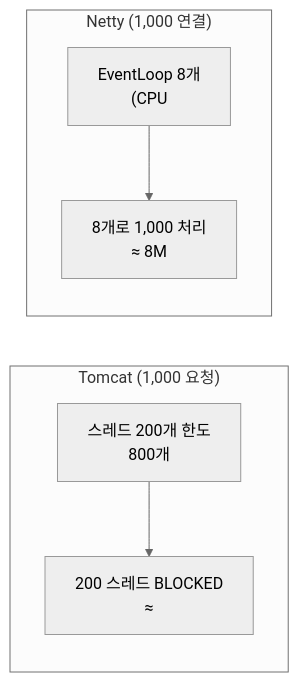
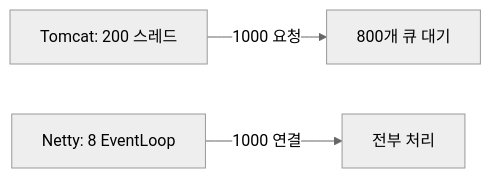
One commit to yjkim2015/yjkim2015.github.io changed the seventh of 7 diagrams in _posts/server/2026-05-01-tomcat-vs-netty.md. Above: the diagram before and after it, drawn with Mermaid (neutral theme). The commit also changed 217 other files, not shown here.

First line of the commit message:
Mermaid 크기 수정: useMaxWidth:true + SVG max-width:100% + 라벨 축소

````diff
--- a/_posts/server/2026-05-01-tomcat-vs-netty.md
+++ b/_posts/server/2026-05-01-tomcat-vs-netty.md
@@ -199,13 +199,5 @@
 ```mermaid
 graph LR
-    subgraph TOMCAT["Tomcat (1,000 요청)"]
-        T1["스레드 200개 한도\n800개"]
-        T2["200 스레드 BLOCKED\n≈"]
-    end
-    subgraph NETTY["Netty (1,000 연결)"]
-        N1["EventLoop 8개\n(CPU"]
-        N2["8개로 1,000 처리\n≈ 8M"]
-    end
-    T1 --> T2
-    N1 --> N2
+    T["Tomcat: 200 스레드"] -->|"1000 요청"| TB["800개 큐 대기"]
+    N["Netty: 8 EventLoop"] -->|"1000 연결"| NB["전부 처리"]
 ```
````
